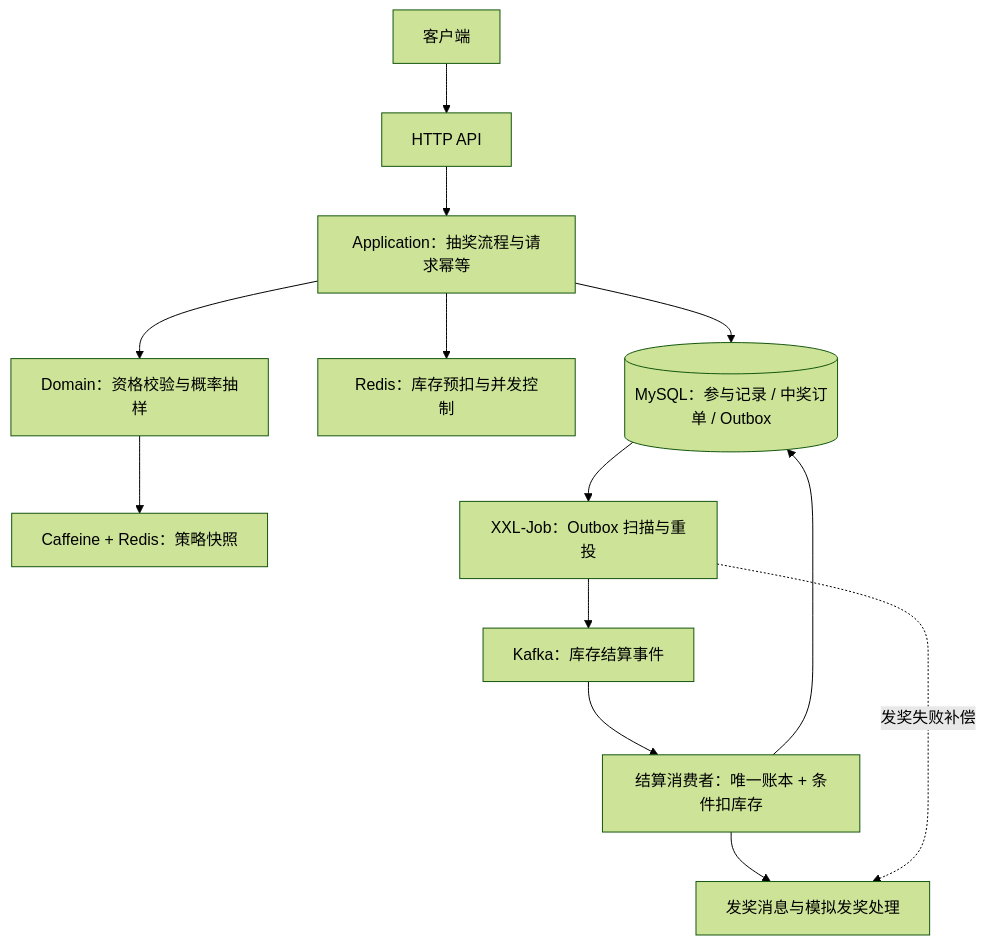
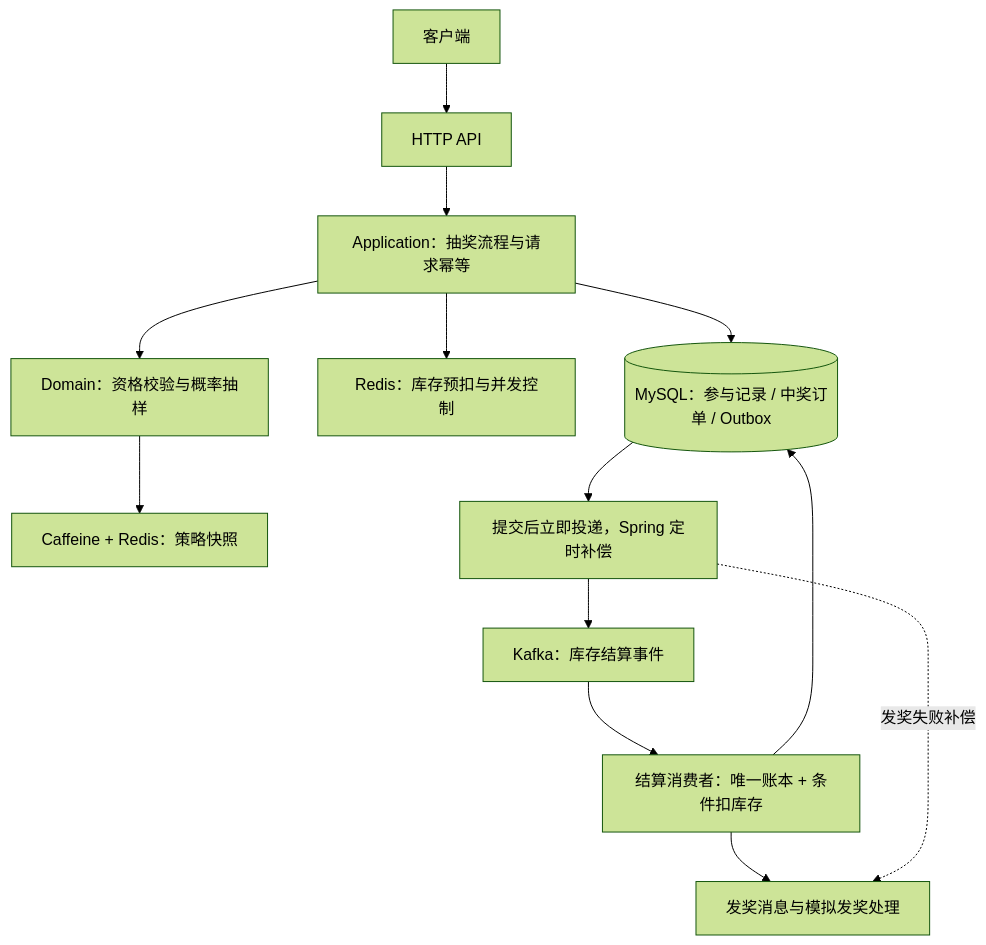
One commit to kaguranananana/lottery changed the diagram in README.md. Above: the diagram before and after it, drawn with Mermaid (forest theme). The commit also changed other lines of this file and 71 other files, not shown here.

````diff
--- a/README.md
+++ b/README.md
@@ -37,15 +37,15 @@
 ```mermaid
 flowchart TD
     U[客户端] --> API[HTTP API]
     API --> APP[Application：抽奖流程与请求幂等]
     APP --> DOMAIN[Domain：资格校验与概率抽样]
     APP --> REDIS[Redis：库存预扣与并发控制]
     DOMAIN --> CACHE[Caffeine + Redis：策略快照]
     APP --> DB[(MySQL：参与记录 / 中奖订单 / Outbox)]
-    DB --> JOB[XXL-Job：Outbox 扫描与重投]
+    DB --> JOB[提交后立即投递，Spring 定时补偿]
     JOB --> MQ[Kafka：库存结算事件]
     MQ --> SETTLE[结算消费者：唯一账本 + 条件扣库存]
     SETTLE --> DB
     SETTLE --> AWARD[发奖消息与模拟发奖处理]
     JOB -. 发奖失败补偿 .-> AWARD
 ```
````
